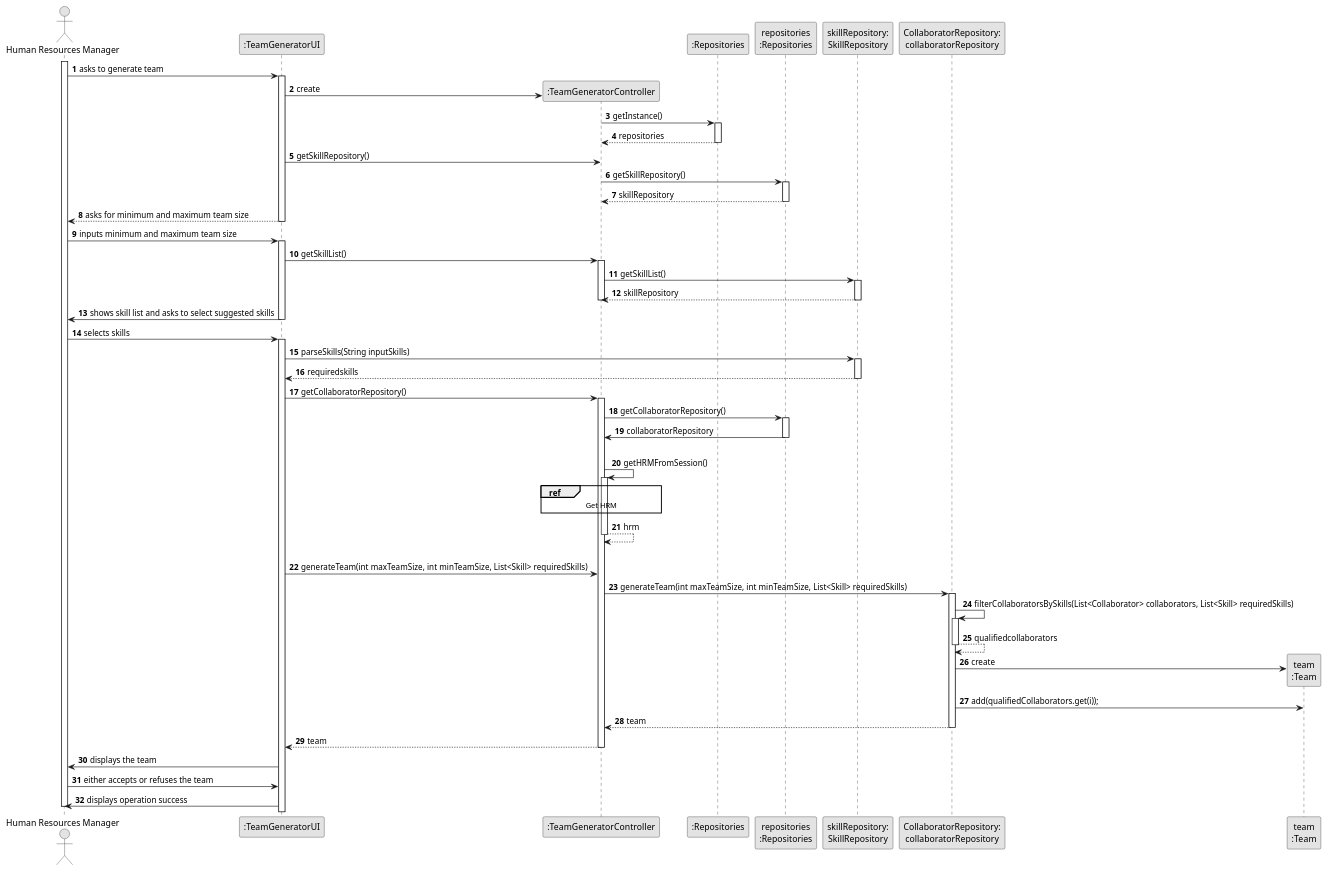
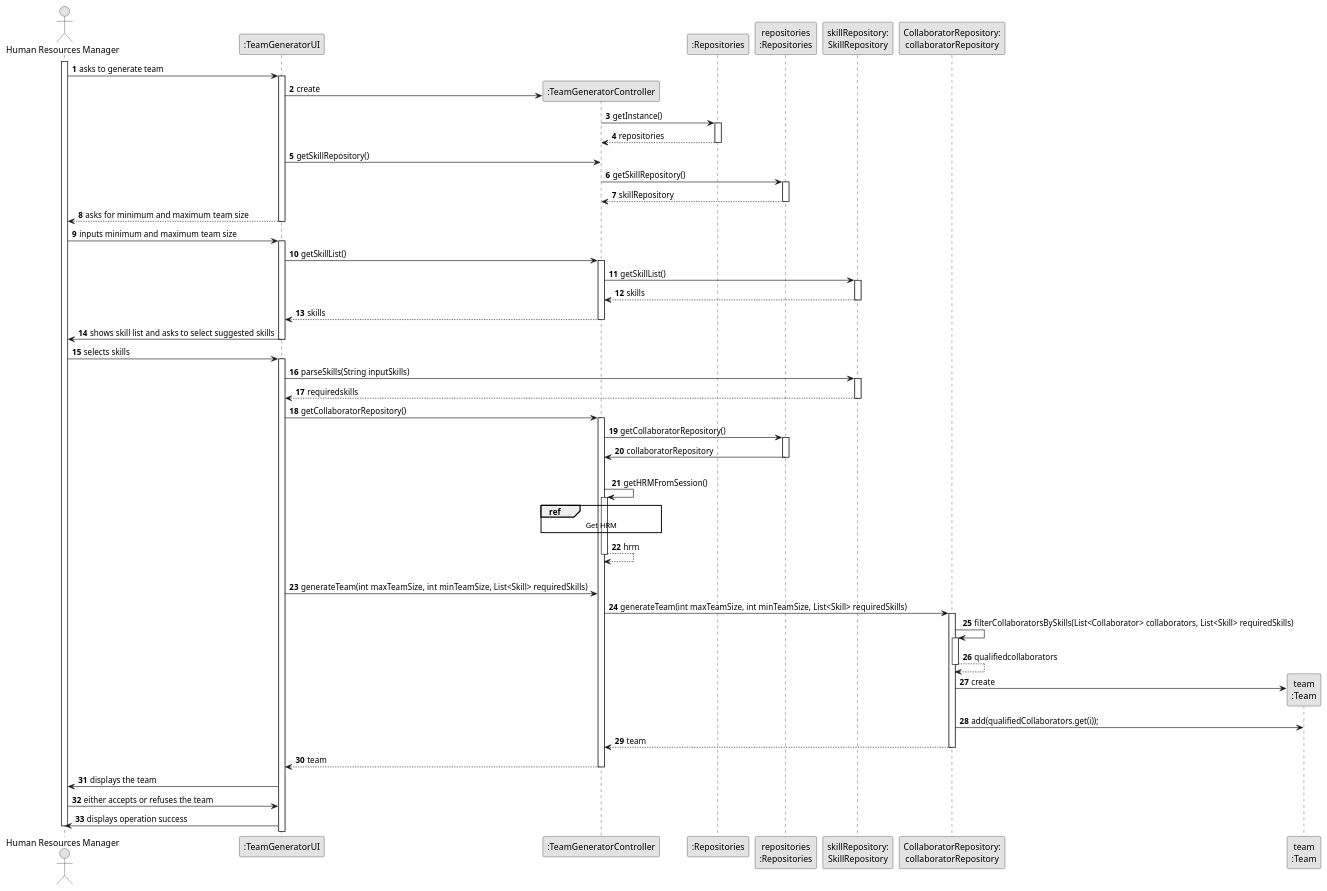
Before and after one commit to tiagosoa/lei-24-s2-1dgh-g073: the diagram in docs/sprint3/us005/03.design/puml/us005-sequence-diagram-full.puml, drawn with PlantUML. The commit also changed 27 other files, not shown here.

```diff
--- a/docs/sprint3/us005/03.design/puml/us005-sequence-diagram-full.puml
+++ b/docs/sprint3/us005/03.design/puml/us005-sequence-diagram-full.puml
@@ -1,126 +1,128 @@
 @startuml
 skinparam monochrome true
 skinparam packageStyle rectangle
 skinparam shadowing false
 
 autonumber
 
 'hide footbox
 actor "Human Resources Manager" as ADM
 participant ":TeamGeneratorUI" as UI
 participant ":TeamGeneratorController" as CTRL
 participant ":Repositories" as RepositorySingleton
 participant "repositories\n:Repositories" as PLAT
 participant "skillRepository:\nSkillRepository" as SR
 participant "CollaboratorRepository:\ncollaboratorRepository" as CR
 participant "team\n:Team" as EQUIPA
 
 activate ADM
 
         ADM -> UI : asks to generate team
 
         activate UI
 
 '            UI --> ADM : requests data (reference, description,  informal \n description, technical description, duration, cost)
             'create CTRL
             UI -> CTRL** : create
 
 
                         CTRL -> RepositorySingleton : getInstance()
                         activate RepositorySingleton
 
                             RepositorySingleton --> CTRL: repositories
                         deactivate RepositorySingleton
 
 
         UI -> CTRL : getSkillRepository()
 
         CTRL -> PLAT : getSkillRepository()
                 activate PLAT
 
             PLAT --> CTRL : skillRepository
             deactivate PLAT
 
             UI --> ADM : asks for minimum and maximum team size
         deactivate UI
 
     ADM -> UI : inputs minimum and maximum team size
     activate UI
 
     UI -> CTRL : getSkillList()
     activate CTRL
 
             CTRL -> SR : getSkillList()
                     activate SR
 
-                SR --> CTRL : skillRepository
+                SR --> CTRL : skills
                 deactivate SR
+
+                CTRL --> UI : skills
                 deactivate CTRL
 
 
 
     UI -> ADM : shows skill list and asks to select suggested skills
     deactivate UI
 
     ADM -> UI : selects skills
     activate UI
 
     UI -> SR : parseSkills(String inputSkills)
     activate SR
     SR --> UI : requiredskills
     deactivate SR
 
 
 
           UI -> CTRL : getCollaboratorRepository()
           activate CTRL
 
 
             CTRL -> PLAT : getCollaboratorRepository()
                 activate PLAT
 
             PLAT -> CTRL : collaboratorRepository
             deactivate PLAT
 
 
 
             |||
             CTRL -> CTRL : getHRMFromSession()
             activate CTRL
 
             ref over CTRL
             Get HRM
             end
 
 
                 CTRL --> CTRL : hrm
             deactivate CTRL
 
             |||
             UI -> CTRL: generateTeam(int maxTeamSize, int minTeamSize, List<Skill> requiredSkills)
             CTRL -> CR: generateTeam(int maxTeamSize, int minTeamSize, List<Skill> requiredSkills)
             activate CR
 
                 CR -> CR: filterCollaboratorsBySkills(List<Collaborator> collaborators, List<Skill> requiredSkills)
                 activate CR
 
                 CR --> CR: qualifiedcollaborators
                 deactivate CR
 
                 CR -> EQUIPA**: create
 
                 CR -> EQUIPA: add(qualifiedCollaborators.get(i));
 
             CR --> CTRL: team
             deactivate CR
 
                         CTRL --> UI: team
                         deactivate CTRL
 
             UI -> ADM: displays the team
             ADM -> UI: either accepts or refuses the team
             UI -> ADM: displays operation success
 
 deactivate ADM
 
 @enduml
```
